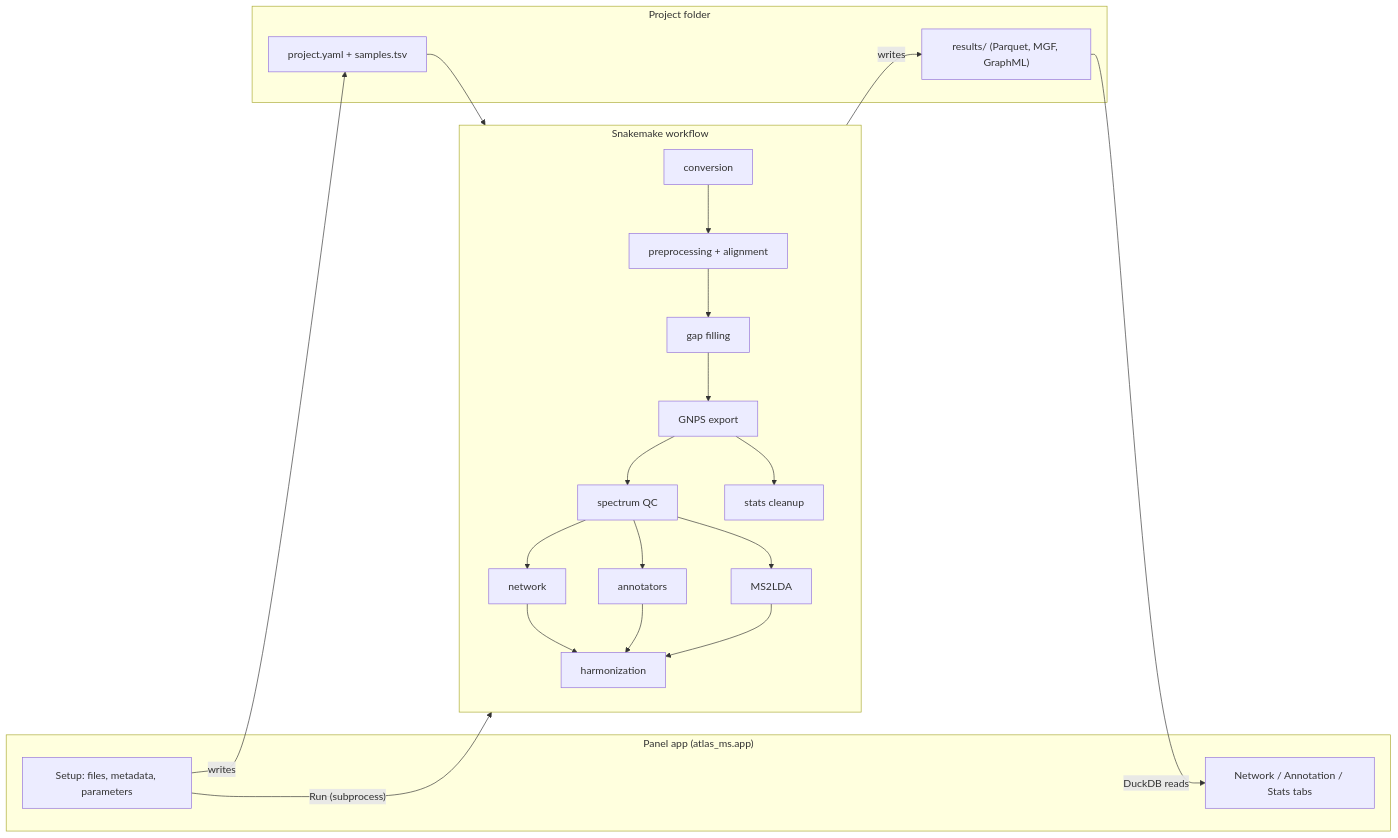
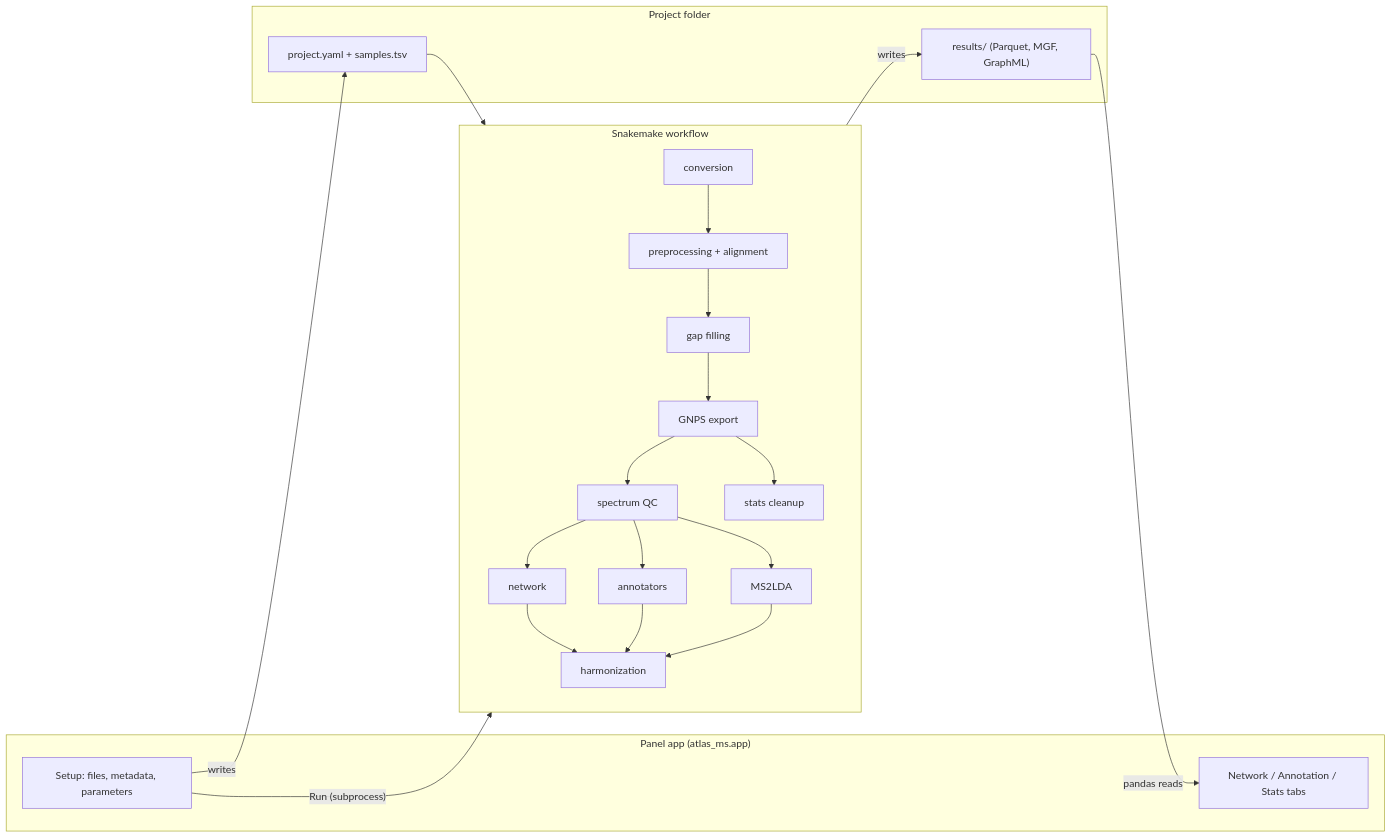
The diagram in docs/ARCHITECTURE.md (ReveilAr/test), drawn with Mermaid before and after one commit. The commit also changed other lines of this file and 12 other files, not shown here.

````diff
--- a/docs/ARCHITECTURE.md
+++ b/docs/ARCHITECTURE.md
@@ -32,26 +33,26 @@
 ```mermaid
 flowchart LR
     subgraph app["Panel app (atlas_ms.app)"]
         setup["Setup: files, metadata, parameters"]
         view["Network / Annotation / Stats tabs"]
     end
     subgraph proj["Project folder"]
         cfg["project.yaml + samples.tsv"]
         res["results/ (Parquet, MGF, GraphML)"]
     end
     subgraph wf["Snakemake workflow"]
         conv["conversion"] --> pre["preprocessing + alignment"] --> gap["gap filling"] --> exp["GNPS export"]
         exp --> qc["spectrum QC"] --> net["network"]
         qc --> ann["annotators"]
         qc --> lda["MS2LDA"]
         net --> harm["harmonization"]
         ann --> harm
         lda --> harm
         exp --> stats["stats cleanup"]
     end
     setup -- writes --> cfg
     setup -- "Run (subprocess)" --> wf
     cfg --> wf
     wf -- writes --> res
-    res -- "DuckDB reads" --> view
+    res -- "pandas reads" --> view
 ```
````
